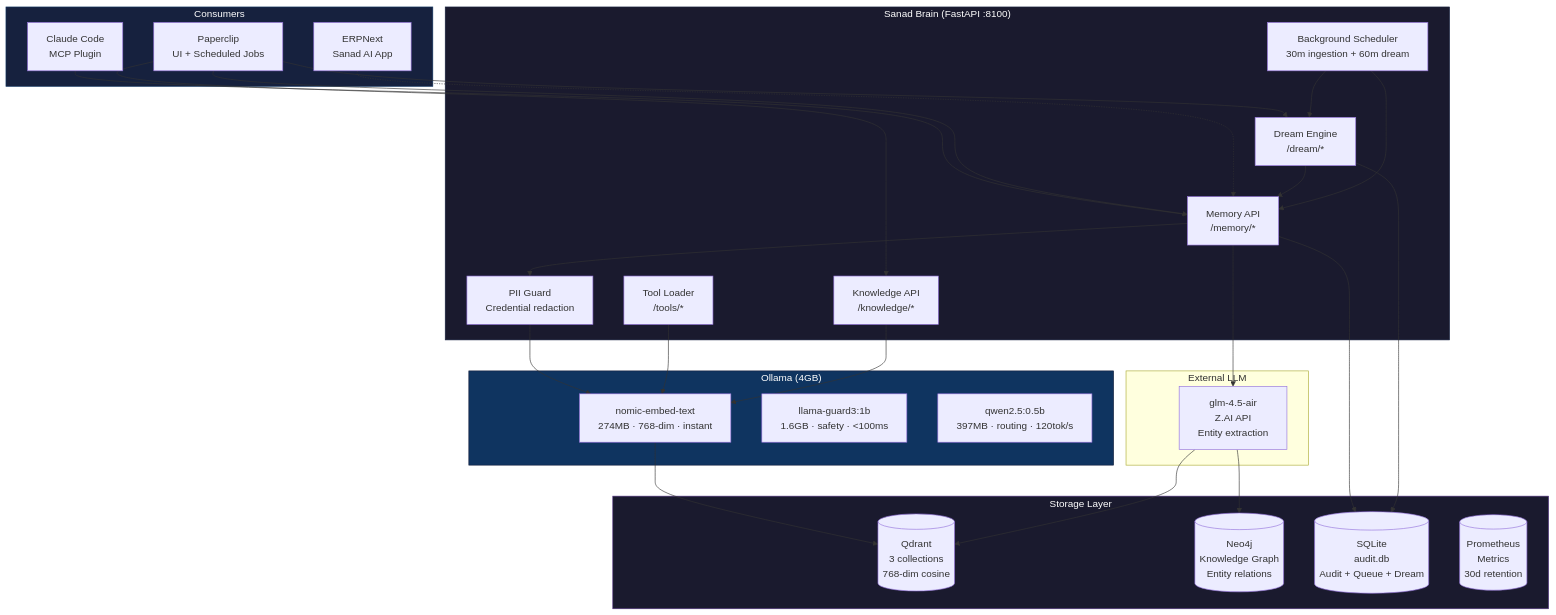
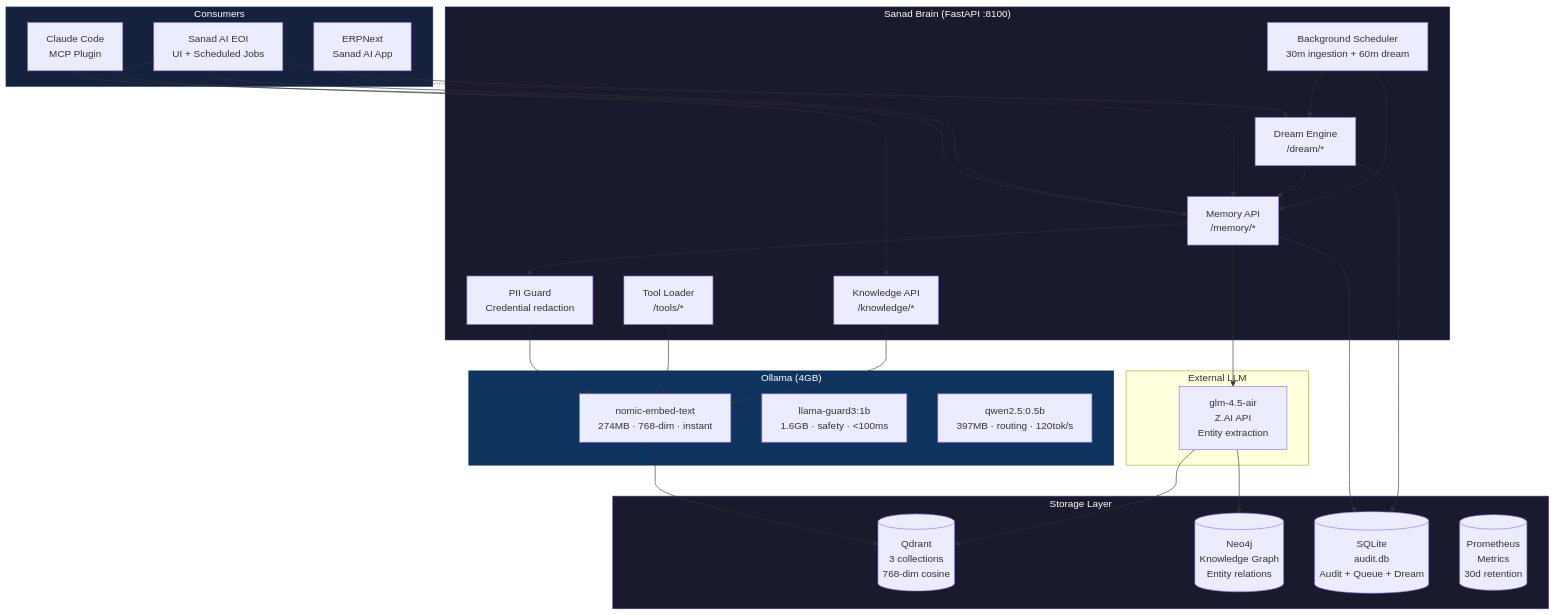
One commit to elgogary/paperclip changed the first of 4 diagrams in docs/guides/board-operator/brain-architecture.md. Above: the diagram before and after it, drawn with Mermaid. The commit also changed 53 other files, not shown here.

First line of the commit message:
docs: rebrand all Paperclip references to Sanad AI EOI

````diff
--- a/docs/guides/board-operator/brain-architecture.md
+++ b/docs/guides/board-operator/brain-architecture.md
@@ -9,61 +9,61 @@
 ```mermaid
 graph TB
     subgraph Consumers["Consumers"]
         CC[Claude Code<br/>MCP Plugin]
-        PP[Paperclip<br/>UI + Scheduled Jobs]
+        PP[Sanad AI EOI<br/>UI + Scheduled Jobs]
         ERP[ERPNext<br/>Sanad AI App]
     end
 
     subgraph Brain["Sanad Brain (FastAPI :8100)"]
         MEM[Memory API<br/>/memory/*]
         TOOLS[Tool Loader<br/>/tools/*]
         DREAM[Dream Engine<br/>/dream/*]
         KNOW[Knowledge API<br/>/knowledge/*]
         SCHED[Background Scheduler<br/>30m ingestion + 60m dream]
         GUARD[PII Guard<br/>Credential redaction]
     end
 
     subgraph Models["Ollama (4GB)"]
         NOM[nomic-embed-text<br/>274MB · 768-dim · instant]
         LLG[llama-guard3:1b<br/>1.6GB · safety · <100ms]
         QW[qwen2.5:0.5b<br/>397MB · routing · 120tok/s]
     end
 
     subgraph Storage["Storage Layer"]
         QD[(Qdrant<br/>3 collections<br/>768-dim cosine)]
         NEO[(Neo4j<br/>Knowledge Graph<br/>Entity relations)]
         SQL[(SQLite<br/>audit.db<br/>Audit + Queue + Dream)]
         PROM[(Prometheus<br/>Metrics<br/>30d retention)]
     end
 
     subgraph External["External LLM"]
         GLM[glm-4.5-air<br/>Z.AI API<br/>Entity extraction]
     end
 
     CC --> MEM
     PP --> MEM
     PP --> KNOW
     PP --> DREAM
     ERP -.-> MEM
 
     MEM --> GUARD
     GUARD --> NOM
     MEM --> GLM
     TOOLS --> NOM
     KNOW --> NOM
     DREAM --> MEM
 
     SCHED --> MEM
     SCHED --> DREAM
 
     NOM --> QD
     GLM --> QD
     GLM --> NEO
     MEM --> SQL
     DREAM --> SQL
 
     style Brain fill:#1a1a2e,stroke:#16213e,color:#fff
     style Models fill:#0f3460,stroke:#16213e,color:#fff
     style Storage fill:#1a1a2e,stroke:#533483,color:#fff
     style Consumers fill:#16213e,stroke:#0f3460,color:#fff
 ```
````
